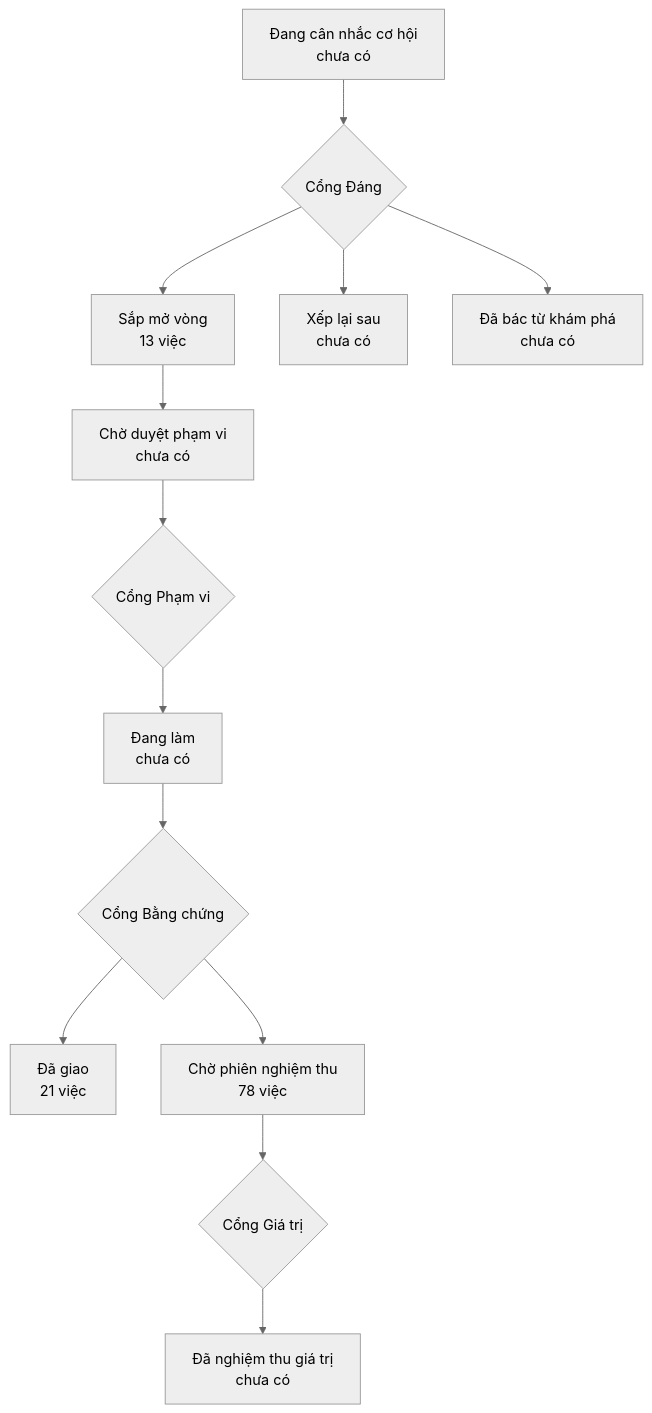
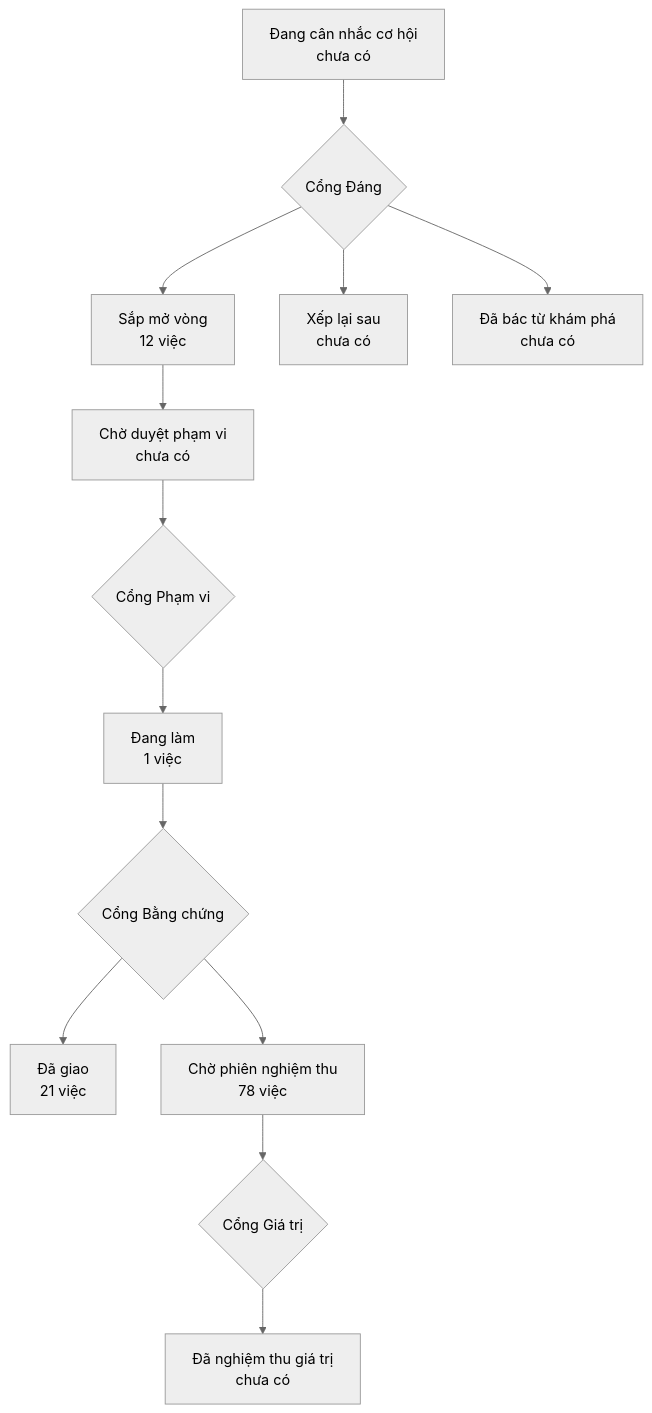
Before and after one commit to phanlemanh/onehub-quy-hang: the diagram in PRODUCT-MAP.md, drawn with Mermaid (neutral theme). The commit also changed other lines of this file and 3 other files, not shown here.

````diff
--- a/PRODUCT-MAP.md
+++ b/PRODUCT-MAP.md
@@ -7,12 +7,12 @@
 ```mermaid
 flowchart TD
   A["Đang cân nhắc cơ hội<br/>chưa có"] --> GD{"Cổng Đáng"}
-  GD --> B["Sắp mở vòng<br/>13 việc"]
+  GD --> B["Sắp mở vòng<br/>12 việc"]
   GD --> XL["Xếp lại sau<br/>chưa có"]
   GD --> DB["Đã bác từ khám phá<br/>chưa có"]
   B --> CD["Chờ duyệt phạm vi<br/>chưa có"] --> GP{"Cổng Phạm vi"}
-  GP --> DL["Đang làm<br/>chưa có"] --> GB{"Cổng Bằng chứng"}
+  GP --> DL["Đang làm<br/>1 việc"] --> GB{"Cổng Bằng chứng"}
   GB --> DG["Đã giao<br/>21 việc"]
   GB --> CN["Chờ phiên nghiệm thu<br/>78 việc"] --> GG{"Cổng Giá trị"}
   GG --> NT["Đã nghiệm thu giá trị<br/>chưa có"]
 ```
````
